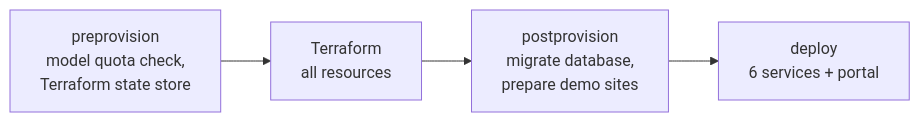
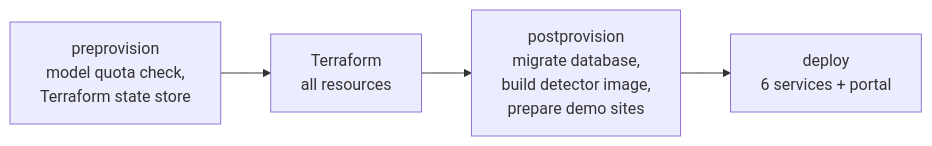
One commit to ikhemissi/smart-device-platform-sample changed the tenth of 10 diagrams in README.md. Above: the diagram before and after it, drawn with Mermaid. The commit also changed other lines of this file and 4 other files, not shown here.

````diff
--- a/README.md
+++ b/README.md
@@ -283,6 +306,6 @@
 ```mermaid
 flowchart LR
   A["preprovision<br/>model quota check,<br/>Terraform state store"] --> B["Terraform<br/>all resources"]
-  B --> C["postprovision<br/>migrate database,<br/>prepare demo sites"]
+  B --> C["postprovision<br/>migrate database,<br/>build detector image,<br/>prepare demo sites"]
   C --> D["deploy<br/>6 services + portal"]
 ```
````
